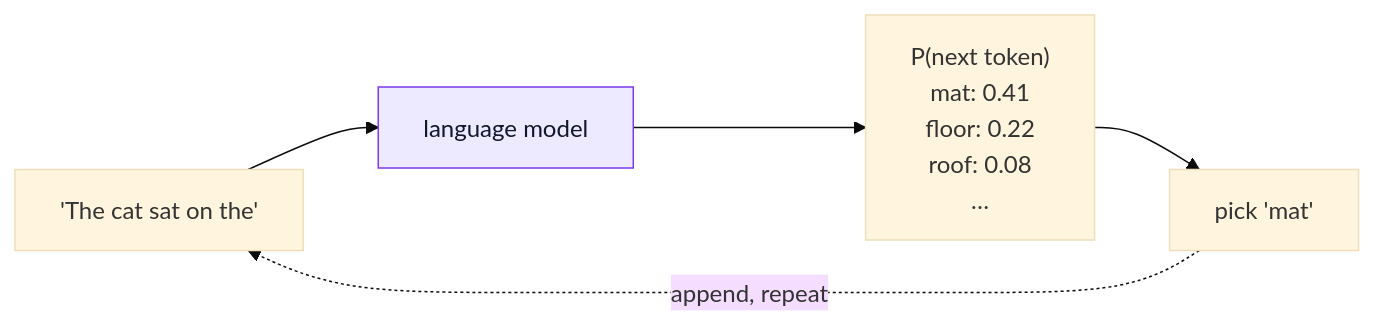
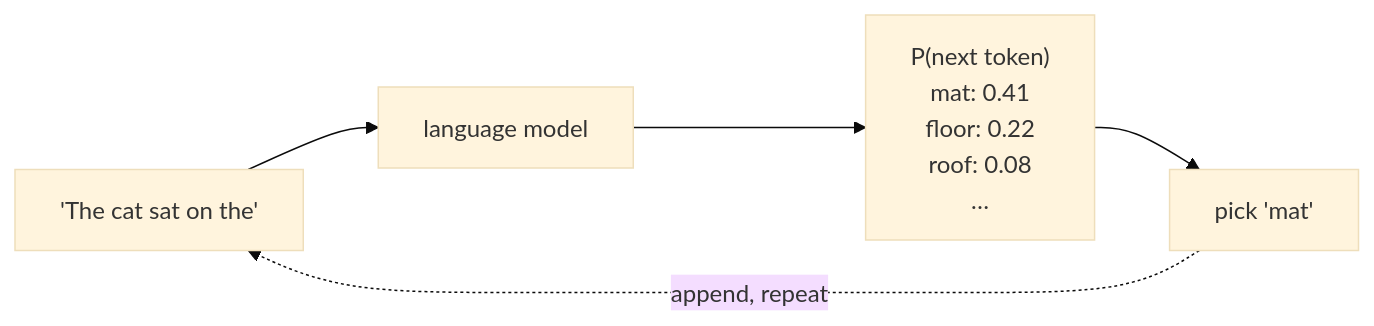
One commit to youyun8/deep-kernel-handbook changed the first of 10 diagrams in docs/foundations/transformer-from-scratch.md. Above: the diagram before and after it, drawn with Mermaid (base theme). The commit also changed other lines of this file and 9 other files, not shown here.

Commit message:
docs: theme Mermaid diagrams via CSS instead of baked classDef colors

````diff
--- a/docs/foundations/transformer-from-scratch.md
+++ b/docs/foundations/transformer-from-scratch.md
@@ -28,9 +28,8 @@
 ```mermaid
 flowchart LR
     T["'The cat sat on the'"] --> M["language model"]
     M --> P["P(next token)<br/>mat: 0.41<br/>floor: 0.22<br/>roof: 0.08<br/>…"]
     P --> N["pick 'mat'"]
     N -.->|"append, repeat"| T
     class M accViolet;
-    classDef accViolet fill:#ede9fe,stroke:#7c3aed,color:#111827;
 ```
````
